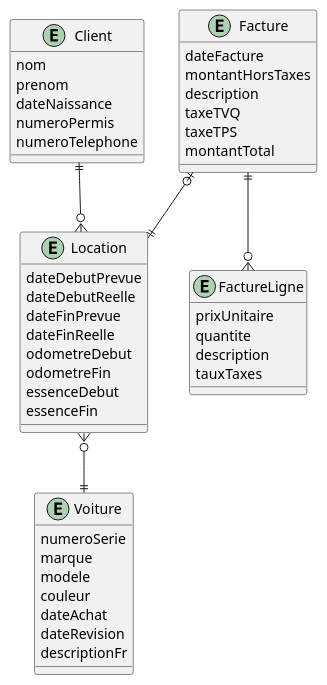
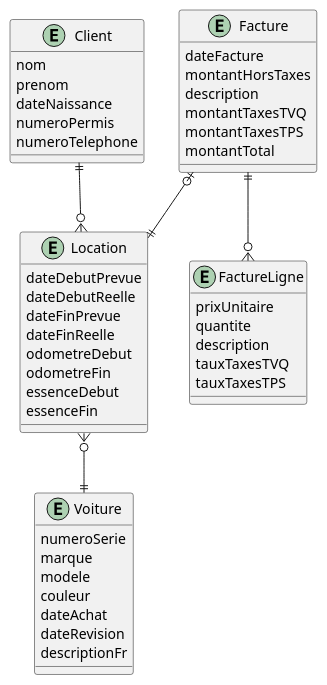
The diagram in ERD/car_reservation.wsd (rparadiscsfoy/420-W34-SF-TP02), drawn with PlantUML before and after one commit.

```diff
--- a/ERD/car_reservation.wsd
+++ b/ERD/car_reservation.wsd
@@ -1,53 +1,54 @@
 @startuml erd_car_reservation_logique
 
 entity Voiture {
     numeroSerie
     marque
     modele
     couleur
     dateAchat
     dateRevision
     descriptionFr
 }
 
 entity Location {
     dateDebutPrevue
     dateDebutReelle
     dateFinPrevue
     dateFinReelle
     odometreDebut
     odometreFin
     essenceDebut
     essenceFin
 }
 
 entity Client {
     nom
     prenom
     dateNaissance
     numeroPermis
     numeroTelephone
 }
 
 entity Facture {
     dateFacture
     montantHorsTaxes
     description
-    taxeTVQ
-    taxeTPS
+    montantTaxesTVQ
+    montantTaxesTPS
     montantTotal
 }
 
 entity FactureLigne {
     prixUnitaire
     quantite
     description
-    tauxTaxes
+    tauxTaxesTVQ
+    tauxTaxesTPS
 }
 
 Client ||--o{ Location
 Location }o--|| Voiture
 Facture |o--|| Location
 Facture ||--o{ FactureLigne
 
 @enduml
```
